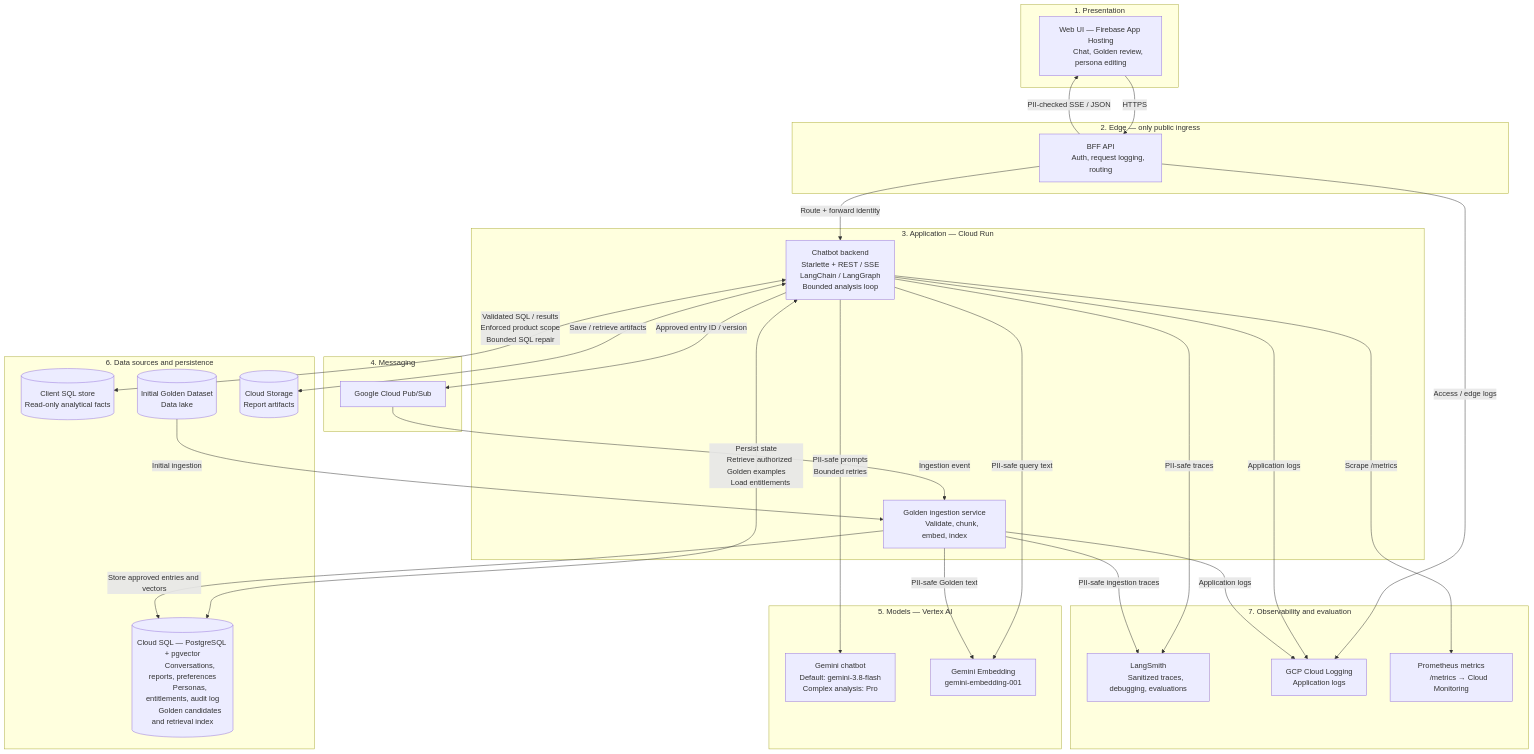
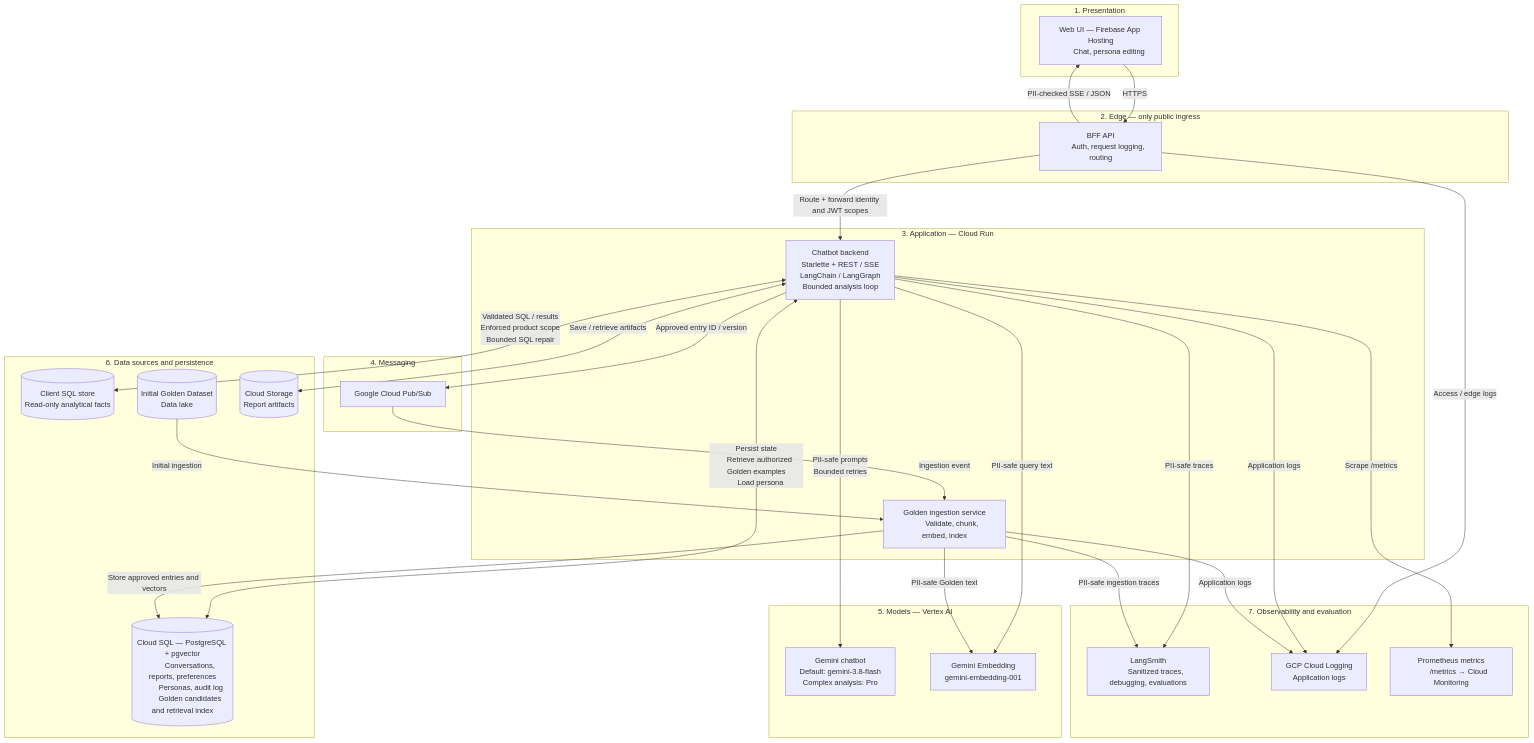
One commit to PiotrJachowicz/opsfleet-assessment changed the diagram in docs/ArchitectureOverviewMermaid.md. Above: the diagram before and after it, drawn with Mermaid. The commit also changed 6 other files, not shown here.

First line of the commit message:
chore: align HLD with JWT scopes and Slack scope

```diff
--- a/docs/ArchitectureOverviewMermaid.md
+++ b/docs/ArchitectureOverviewMermaid.md
@@ -2,7 +2,7 @@
 flowchart TB
     subgraph Clients["1. Presentation"]
         UI["Web UI — Firebase App Hosting
-        Chat, Golden review, persona editing"]
+        Chat, persona editing"]
     end
 
     subgraph Edge["2. Edge — only public ingress"]
@@ -36,7 +36,7 @@
         Read-only analytical facts")]
         Postgres[("Cloud SQL — PostgreSQL + pgvector
         Conversations, reports, preferences
-        Personas, entitlements, audit log
+        Personas, audit log
         Golden candidates and retrieval index")]
         Golden[("Initial Golden Dataset
         Data lake")]
@@ -55,7 +55,7 @@
 
     UI -->|"HTTPS"| BFF
     BFF -->|"PII-checked SSE / JSON"| UI
-    BFF -->|"Route + forward identity"| Backend
+    BFF -->|"Route + forward identity and JWT scopes"| Backend
 
     Backend -->|"Approved entry ID / version"| PubSub
     PubSub -->|"Ingestion event"| Ingestion
@@ -71,7 +71,7 @@
 
     Backend <-->|"Persist state
     Retrieve authorized Golden examples
-    Load entitlements"| Postgres
+    Load persona"| Postgres
 
     Golden -->|"Initial ingestion"| Ingestion
     Ingestion -->|"Store approved entries and vectors"| Postgres
```
